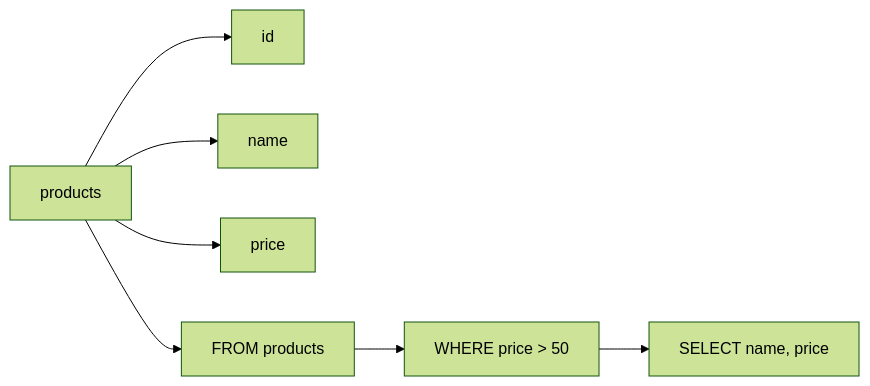
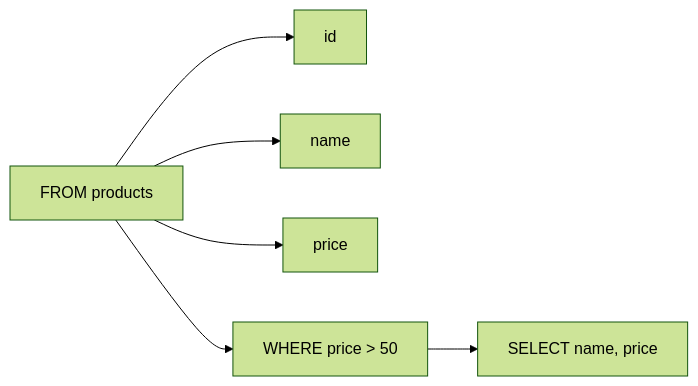
The diagram in examples/create.mmd (rot1024/sqloflow), drawn with Mermaid (forest theme) before and after one commit. The commit also changed 68 other files, not shown here.

```diff
--- a/examples/create.mmd
+++ b/examples/create.mmd
@@ -1,14 +1,12 @@
 flowchart LR
-    node_0[products]
+    node_0[FROM products]
     node_1[id]
     node_2[name]
     node_3[price]
-    node_4[FROM products]
-    node_5["WHERE price &gt; 50"]
-    node_6["SELECT name, price"]
+    node_4["WHERE price &gt; 50"]
+    node_5["SELECT name, price"]
     node_0 --> node_1
     node_0 --> node_2
     node_0 --> node_3
     node_0 --> node_4
     node_4 --> node_5
-    node_5 --> node_6
```
